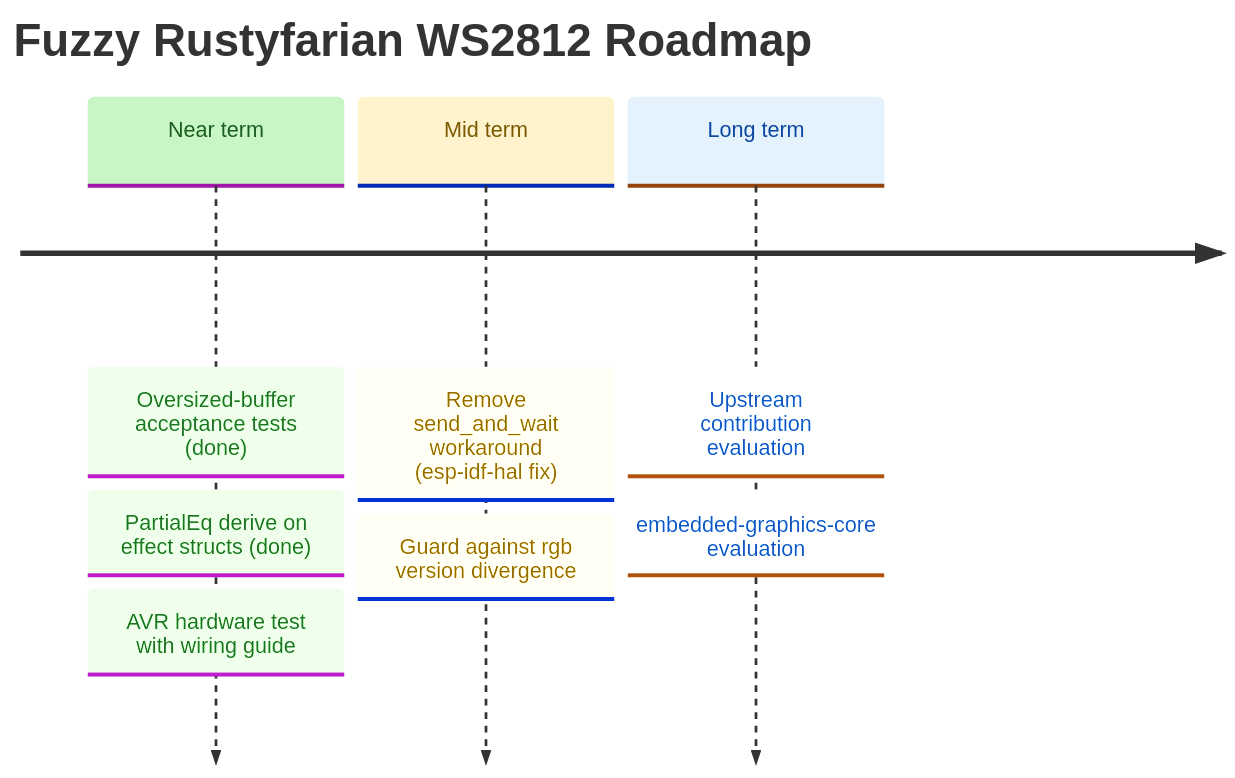
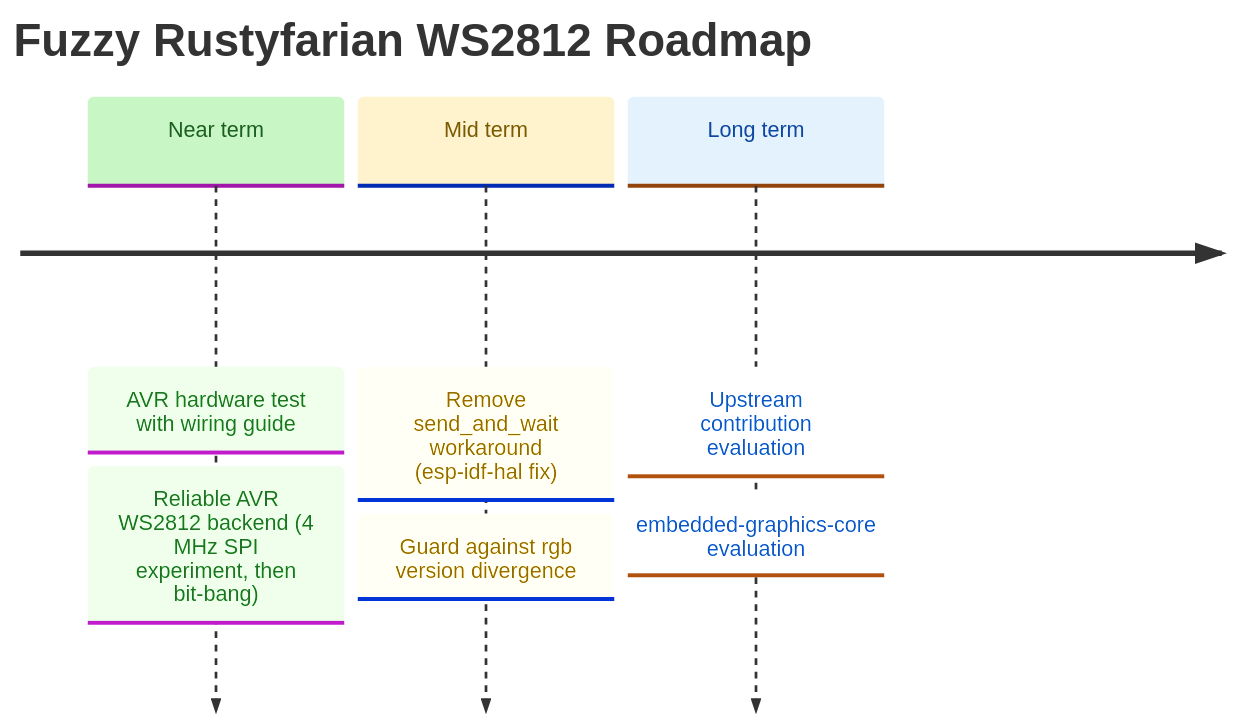
The diagram in docs/ROADMAP.md (datenkollektiv/rustyfarian-ws2812), drawn with Mermaid before and after one commit. The commit also changed other lines of this file and 25 other files, not shown here.

Commit message:
Implement cycle-counted inline-`asm!` bit-bang driver for WS2812 on AVR

````diff
--- a/docs/ROADMAP.md
+++ b/docs/ROADMAP.md
@@ -10,26 +10,25 @@
 ```mermaid
 %%{init: {
   "theme": "base",
   "themeVariables": {
     "cScale0": "#c8f7c5",
     "cScaleLabel0": "#1b5e20",
     "cScale1": "#fff3cd",
     "cScaleLabel1": "#7a5a00",
     "cScale2": "#e3f2fd",
     "cScaleLabel2": "#0d47a1"
   }
 }}%%
 
 timeline
     title Fuzzy Rustyfarian WS2812 Roadmap
 
-    Near term : Oversized-buffer acceptance tests (done)
-              : PartialEq derive on effect structs (done)
-              : AVR hardware test with wiring guide
+    Near term : AVR hardware test with wiring guide
+              : Reliable AVR WS2812 backend (4 MHz SPI experiment, then bit-bang)
 
     Mid term  : Remove send_and_wait workaround (esp-idf-hal fix)
               : Guard against rgb version divergence
 
     Long term : Upstream contribution evaluation
               : embedded-graphics-core evaluation
 ```
````
